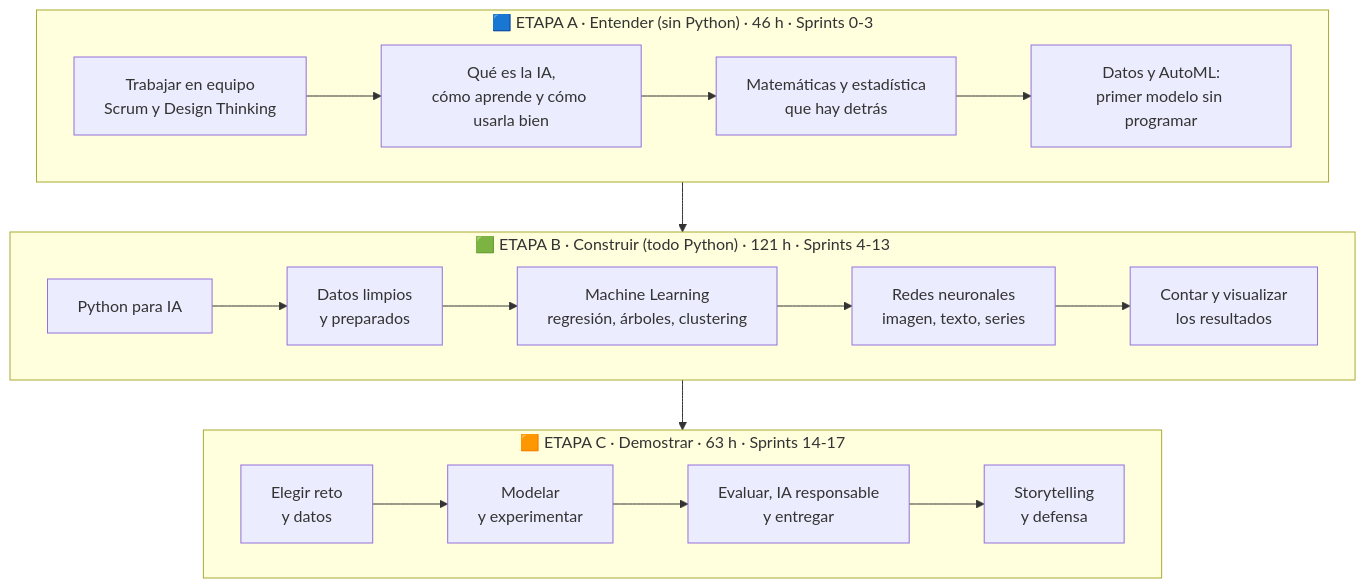
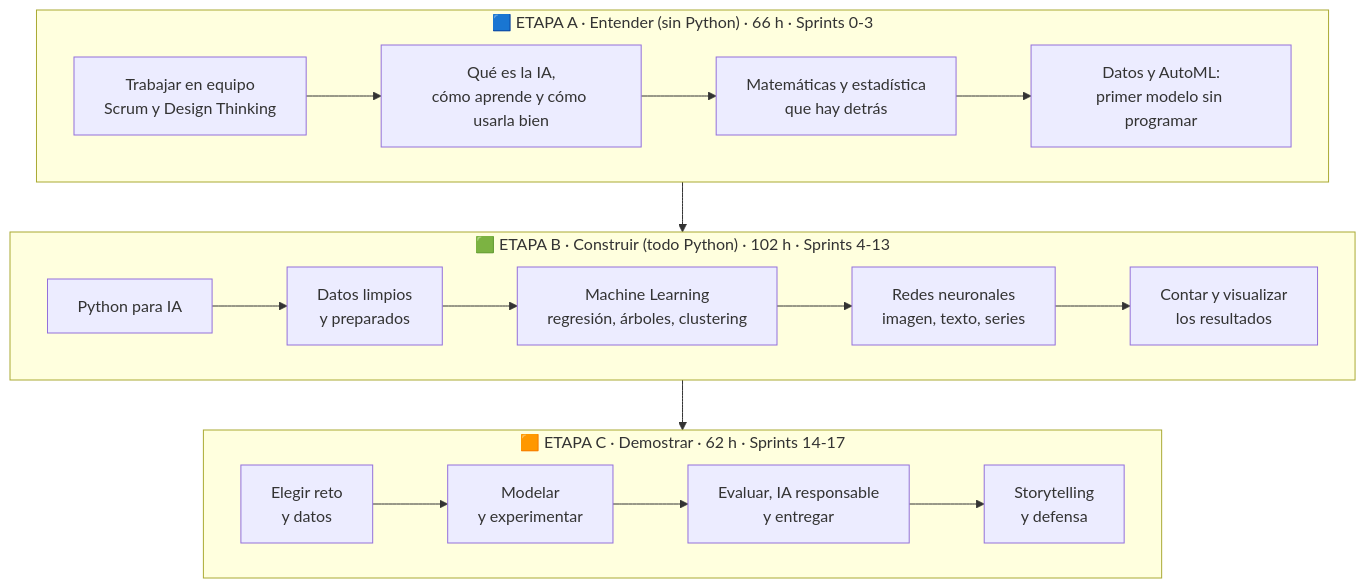
One commit to cCoolBoox/IFCD107-alumnado changed the second of 7 diagrams in README.md. Above: the diagram before and after it, drawn with Mermaid. The commit also changed other lines of this file and 9 other files, not shown here.

````diff
--- a/README.md
+++ b/README.md
@@ -52,20 +52,20 @@
 ```mermaid
 flowchart TD
-    subgraph A["🟦 ETAPA A · Entender (sin Python) · 46 h · Sprints 0-3"]
+    subgraph A["🟦 ETAPA A · Entender (sin Python) · 66 h · Sprints 0-3"]
         A1["Trabajar en equipo<br/>Scrum y Design Thinking"] --> A2["Qué es la IA,<br/>cómo aprende y cómo usarla bien"]
         A2 --> A3["Matemáticas y estadística<br/>que hay detrás"]
         A3 --> A4["Datos y AutoML:<br/>primer modelo sin programar"]
     end
-    subgraph B["🟩 ETAPA B · Construir (todo Python) · 121 h · Sprints 4-13"]
+    subgraph B["🟩 ETAPA B · Construir (todo Python) · 102 h · Sprints 4-13"]
         B1["Python para IA"] --> B2["Datos limpios<br/>y preparados"]
         B2 --> B3["Machine Learning<br/>regresión, árboles, clustering"]
         B3 --> B4["Redes neuronales<br/>imagen, texto, series"]
         B4 --> B5["Contar y visualizar<br/>los resultados"]
     end
-    subgraph C["🟧 ETAPA C · Demostrar · 63 h · Sprints 14-17"]
+    subgraph C["🟧 ETAPA C · Demostrar · 62 h · Sprints 14-17"]
         C1["Elegir reto<br/>y datos"] --> C2["Modelar<br/>y experimentar"]
         C2 --> C3["Evaluar, IA responsable<br/>y entregar"]
         C3 --> C4["Storytelling<br/>y defensa"]
     end
     A --> B --> C
 ```
````
